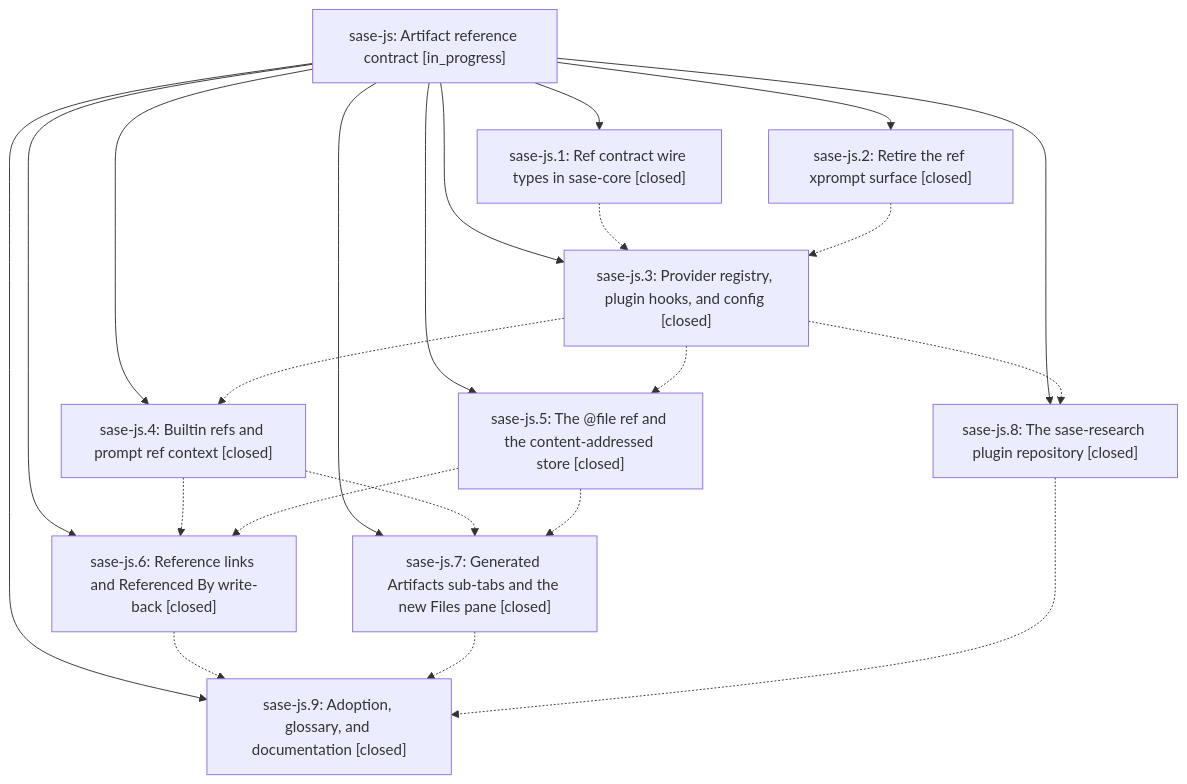
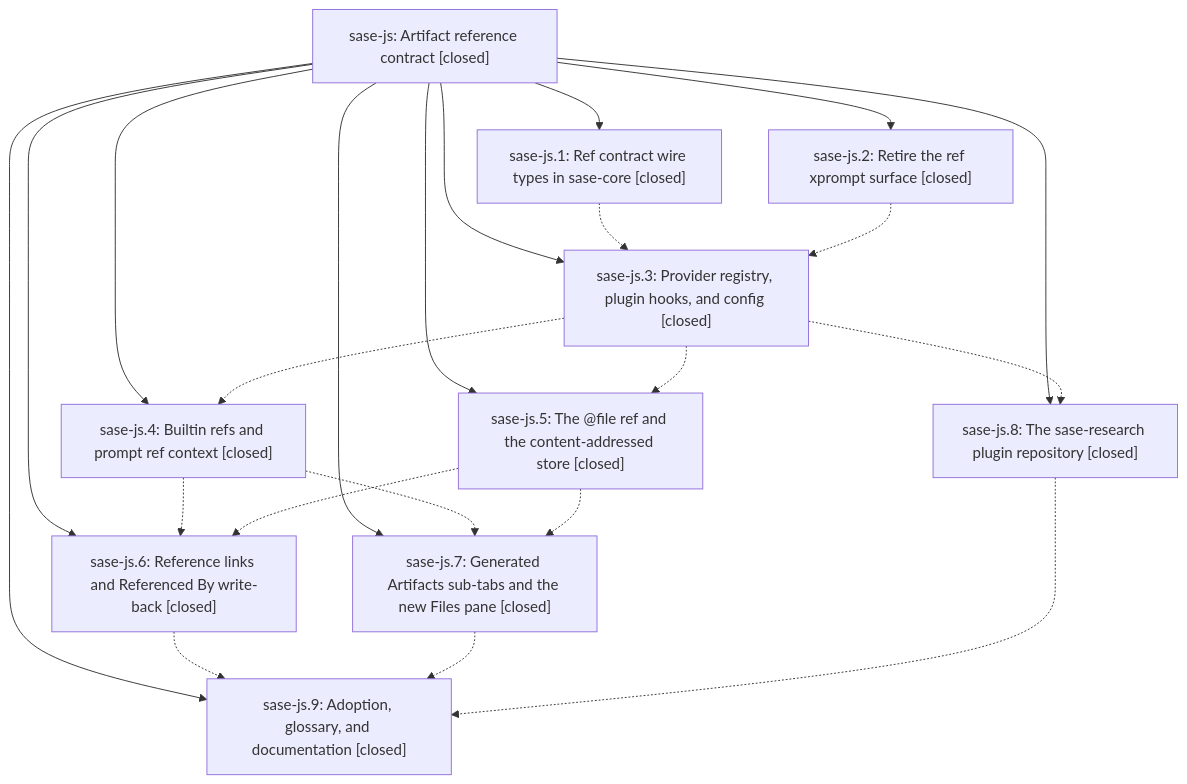
Before and after one commit to sase-org/sase--beads: the diagram in pages/sase-js/README.md, drawn with Mermaid. The commit also changed other lines of this file, not shown here.

First line of the commit message:
chore(beads): sync bead state and pages for sase-js

````diff
--- a/pages/sase-js/README.md
+++ b/pages/sase-js/README.md
@@ -34,34 +64,34 @@
 ```mermaid
 flowchart TD
-    n0["sase-js: Artifact reference contract [in_progress]"]
+    n0["sase-js: Artifact reference contract [closed]"]
     n1["sase-js.1: Ref contract wire types in sase-core [closed]"]
     n2["sase-js.2: Retire the ref xprompt surface [closed]"]
     n3["sase-js.3: Provider registry, plugin hooks, and config [closed]"]
     n4["sase-js.4: Builtin refs and prompt ref context [closed]"]
     n5["sase-js.5: The @file ref and the content-addressed store [closed]"]
     n6["sase-js.6: Reference links and Referenced By write-back [closed]"]
     n7["sase-js.7: Generated Artifacts sub-tabs and the new Files pane [closed]"]
     n8["sase-js.8: The sase-research plugin repository [closed]"]
     n9["sase-js.9: Adoption, glossary, and documentation [closed]"]
     n0 --> n1
     n0 --> n2
     n0 --> n3
     n0 --> n4
     n0 --> n5
     n0 --> n6
     n0 --> n7
     n0 --> n8
     n0 --> n9
     n1 -.-> n3
     n2 -.-> n3
     n3 -.-> n4
     n3 -.-> n5
     n3 -.-> n8
     n4 -.-> n6
     n4 -.-> n7
     n5 -.-> n6
     n5 -.-> n7
     n6 -.-> n9
     n7 -.-> n9
     n8 -.-> n9
 ```
````
